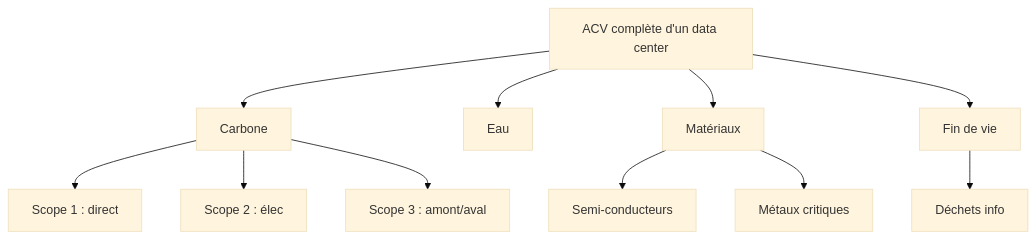
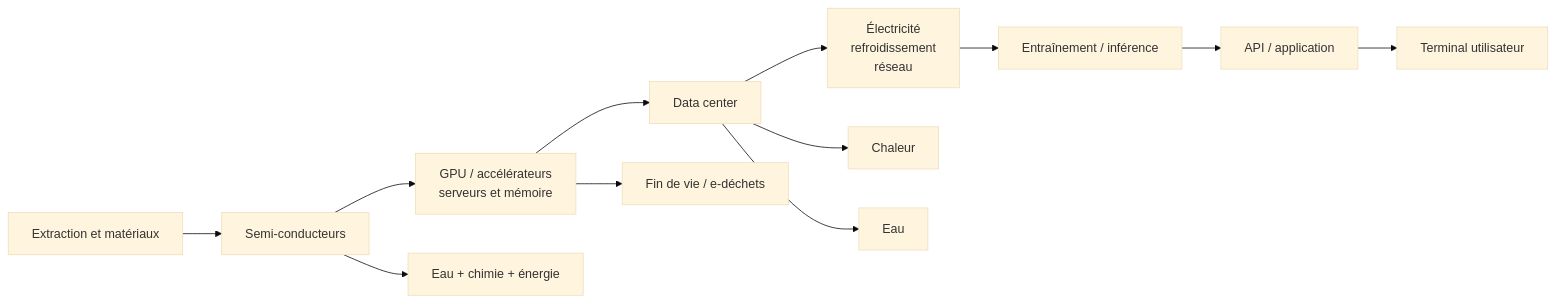
The diagram in documentation/plans/rapport_impact/impact_IA/02b-ia-data-centers-materiel-acv.md (maxd4/CleanmyMap), drawn with Mermaid (base theme) before and after one commit. The commit also changed other lines of this file and 4 other files, not shown here.

````diff
--- a/documentation/plans/rapport_impact/impact_IA/02b-ia-data-centers-materiel-acv.md
+++ b/documentation/plans/rapport_impact/impact_IA/02b-ia-data-centers-materiel-acv.md
@@ -145,13 +23,17 @@
-```mermaid
-graph TD
-    A["ACV complète d'un data center"] --> B["Carbone"]
-    A --> C["Eau"]
-    A --> D["Matériaux"]
-    A --> E["Fin de vie"]
-    B --> B1["Scope 1 : direct"]
-    B --> B2["Scope 2 : élec"]
-    B --> B3["Scope 3 : amont/aval"]
-    D --> D1["Semi-conducteurs"]
-    D --> D2["Métaux critiques"]
-    E --> E1["Déchets info"]
+```{mermaid}
+%%| fig-cap: "Chaîne physique simplifiée d'un service d'IA"
+%%| fig-width: 10
+flowchart LR
+  A["Extraction et matériaux"] --> B["Semi-conducteurs"]
+  B --> C["GPU / accélérateurs<br/>serveurs et mémoire"]
+  C --> D["Data center"]
+  D --> E["Électricité<br/>refroidissement<br/>réseau"]
+  E --> F["Entraînement / inférence"]
+  F --> G["API / application"]
+  G --> H["Terminal utilisateur"]
+
+  D --> I["Chaleur"]
+  D --> J["Eau"]
+  B --> K["Eau + chimie + énergie"]
+  C --> L["Fin de vie / e-déchets"]
 ```
````
